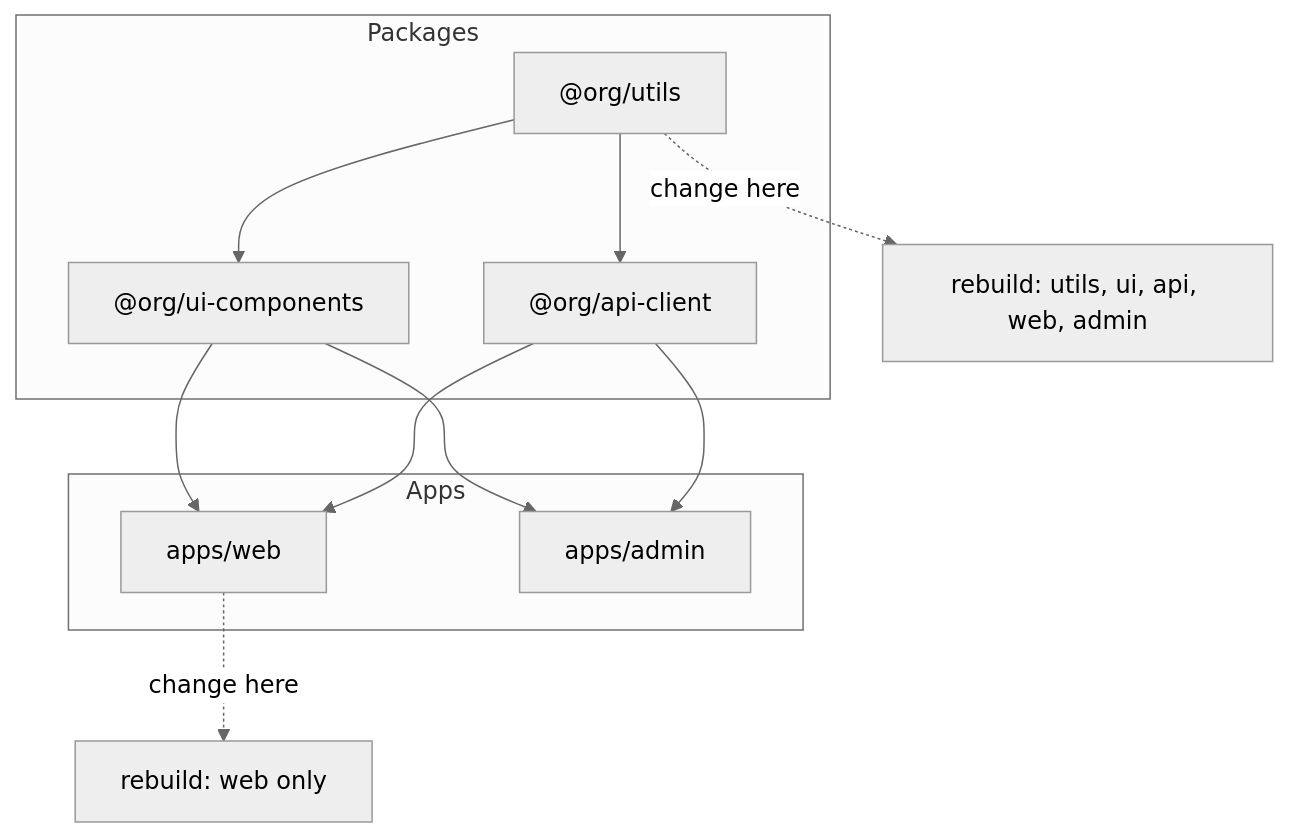
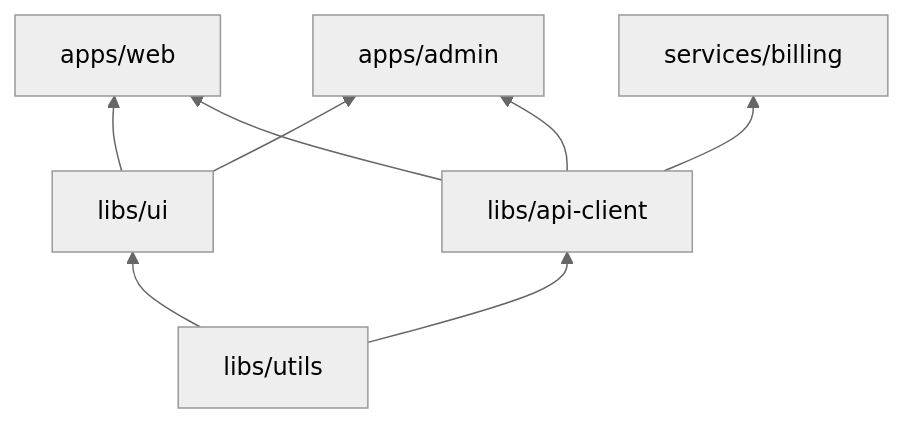
One commit to AndrewAltimit/Documentation changed the first of 3 diagrams in github-pages/docs/advanced/monorepo.md. Above: the diagram before and after it, drawn with Mermaid (neutral theme). The commit also changed other lines of this file and 240 other files, not shown here.

````diff
--- a/github-pages/docs/advanced/monorepo.md
+++ b/github-pages/docs/advanced/monorepo.md
@@ -35,20 +42,16 @@
 ```mermaid
-flowchart TD
-    subgraph Packages
-      utils["@org/utils"]
-      ui["@org/ui-components"]
-      api["@org/api-client"]
-    end
-    subgraph Apps
-      web["apps/web"]
-      admin["apps/admin"]
-    end
+flowchart BT
+    utils["libs/utils"]
+    ui["libs/ui"]
+    api["libs/api-client"]
+    web["apps/web"]
+    admin["apps/admin"]
+    svc["services/billing"]
     utils --> ui
     utils --> api
     ui --> web
     api --> web
     ui --> admin
     api --> admin
-    web -. "change here" .-> affected1["rebuild: web only"]
-    utils -. "change here" .-> affected2["rebuild: utils, ui, api, web, admin"]
+    api --> svc
 ```
````
